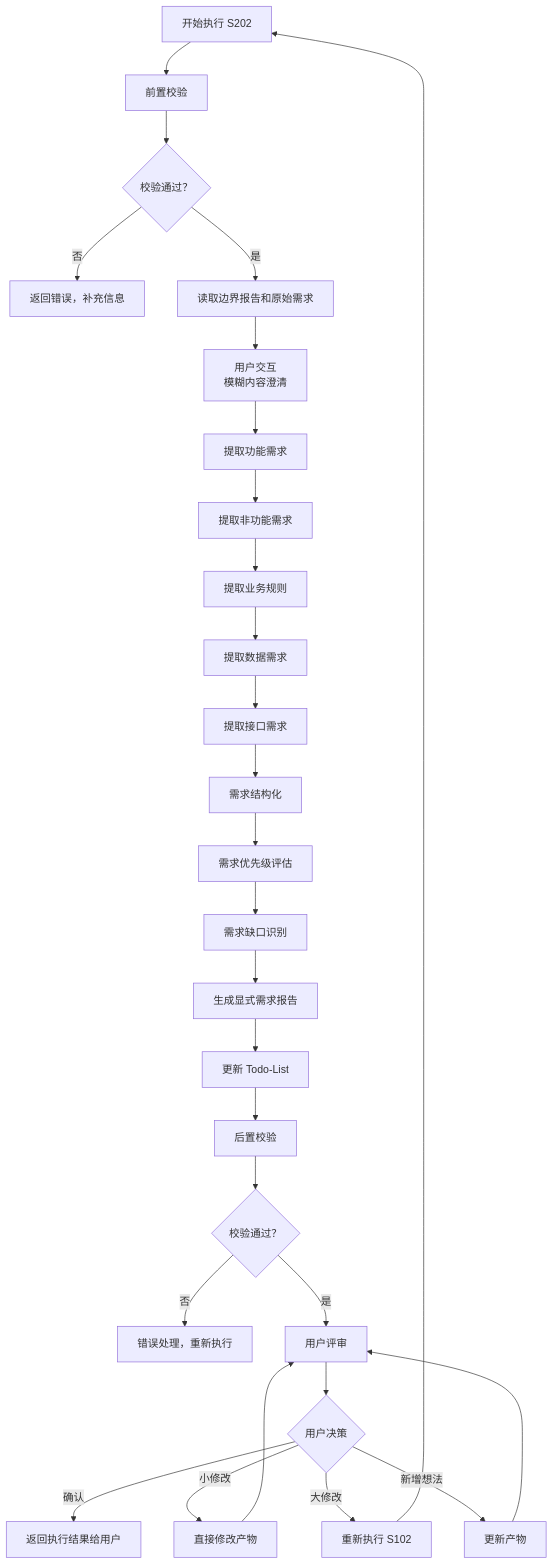
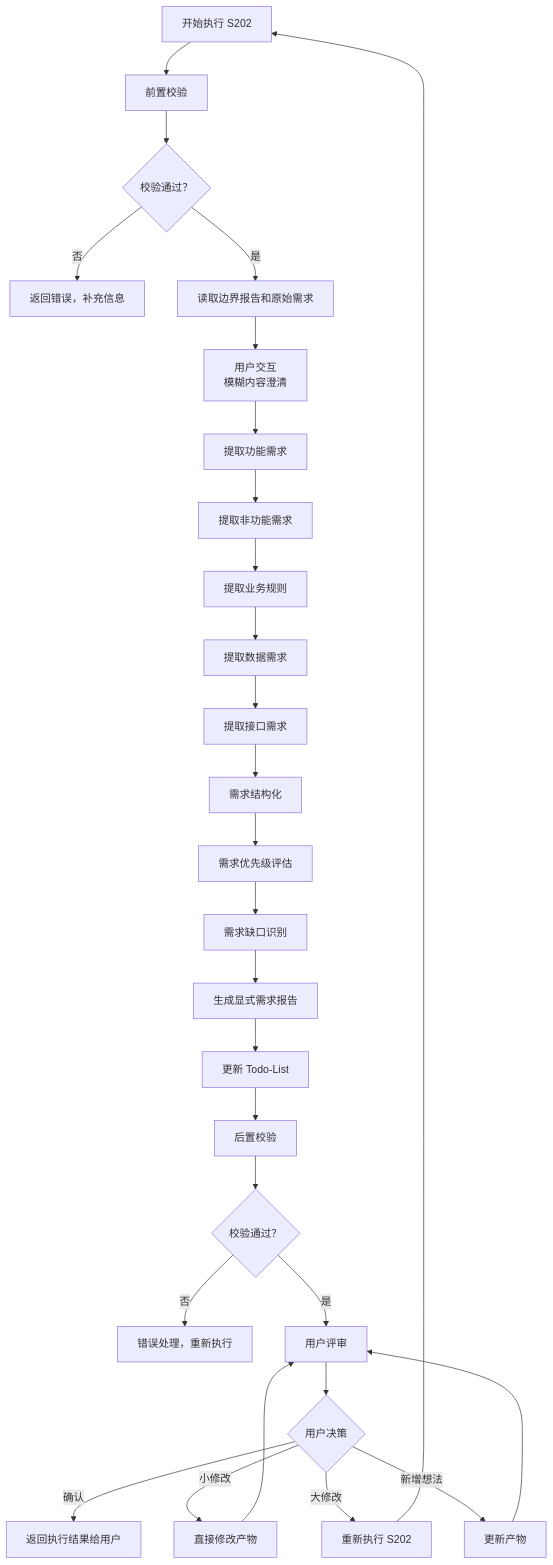
One commit to HeartFlying/swf changed the first of 2 diagrams in skills/s2-explicit/SKILL.md. Above: the diagram before and after it, drawn with Mermaid. The commit also changed other lines of this file and 33 other files, not shown here.

````diff
--- a/skills/s2-explicit/SKILL.md
+++ b/skills/s2-explicit/SKILL.md
@@ -142,30 +142,30 @@
 ```mermaid
 flowchart TD
     Start[开始执行 S202] --> PreCheck[前置校验]
     PreCheck --> CheckResult{校验通过？}
     CheckResult -->|否| Error[返回错误，补充信息]
     CheckResult -->|是| Read[读取边界报告和原始需求]
     Read --> Interact[用户交互<br/>模糊内容澄清]
     Interact --> FuncReq[提取功能需求]
     FuncReq --> NonFuncReq[提取非功能需求]
     NonFuncReq --> BizRule[提取业务规则]
     BizRule --> DataReq[提取数据需求]
     DataReq --> InterfaceReq[提取接口需求]
     InterfaceReq --> Structure[需求结构化]
     Structure --> Priority[需求优先级评估]
     Priority --> GapIdentify[需求缺口识别]
     GapIdentify --> GenReport[生成显式需求报告]
     GenReport --> UpdateTodo[更新 Todo-List]
     UpdateTodo --> PostCheck[后置校验]
     PostCheck --> PostCheckResult{校验通过？}
     PostCheckResult -->|否| HandleError[错误处理，重新执行]
     PostCheckResult -->|是| Review[用户评审]
     Review --> ReviewResult{用户决策}
     ReviewResult -->|确认| Return[返回执行结果给用户]
     ReviewResult -->|小修改| Modify[直接修改产物]
-    ReviewResult -->|大修改| ReExecute[重新执行 S102]
+    ReviewResult -->|大修改| ReExecute[重新执行 S202]
     ReviewResult -->|新增想法| Update[更新产物]
     Modify --> Review
     Update --> Review
     ReExecute --> Start
 ```
````
